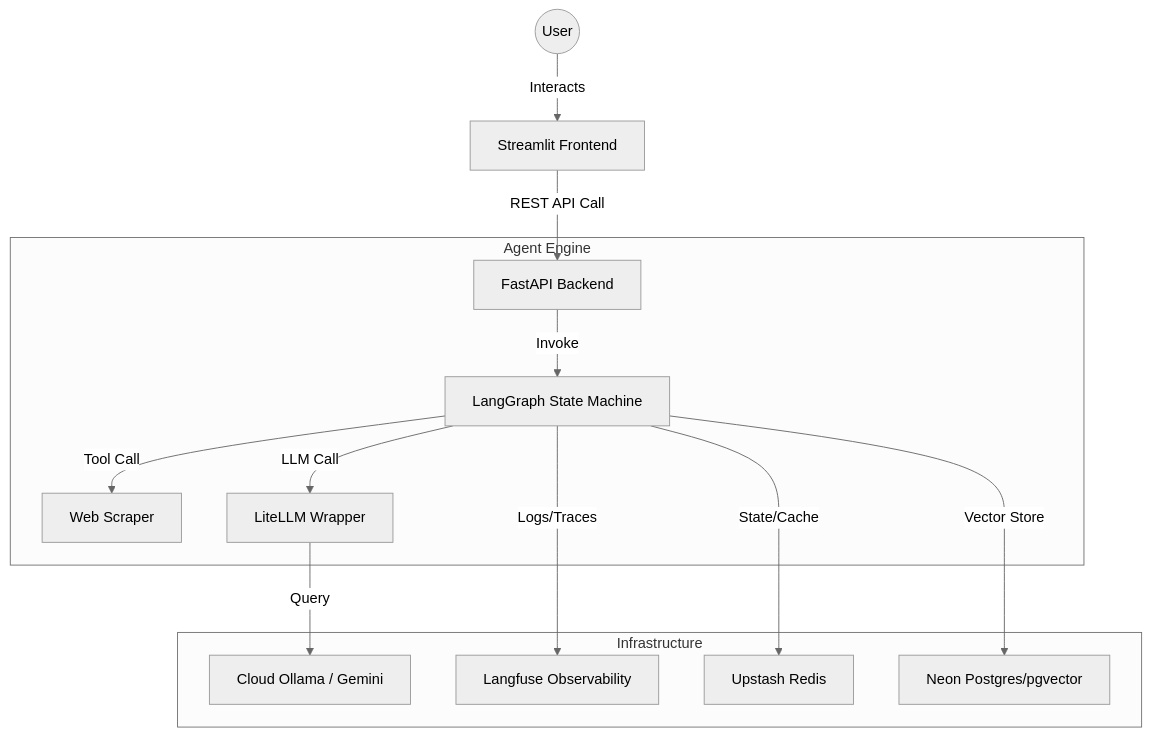
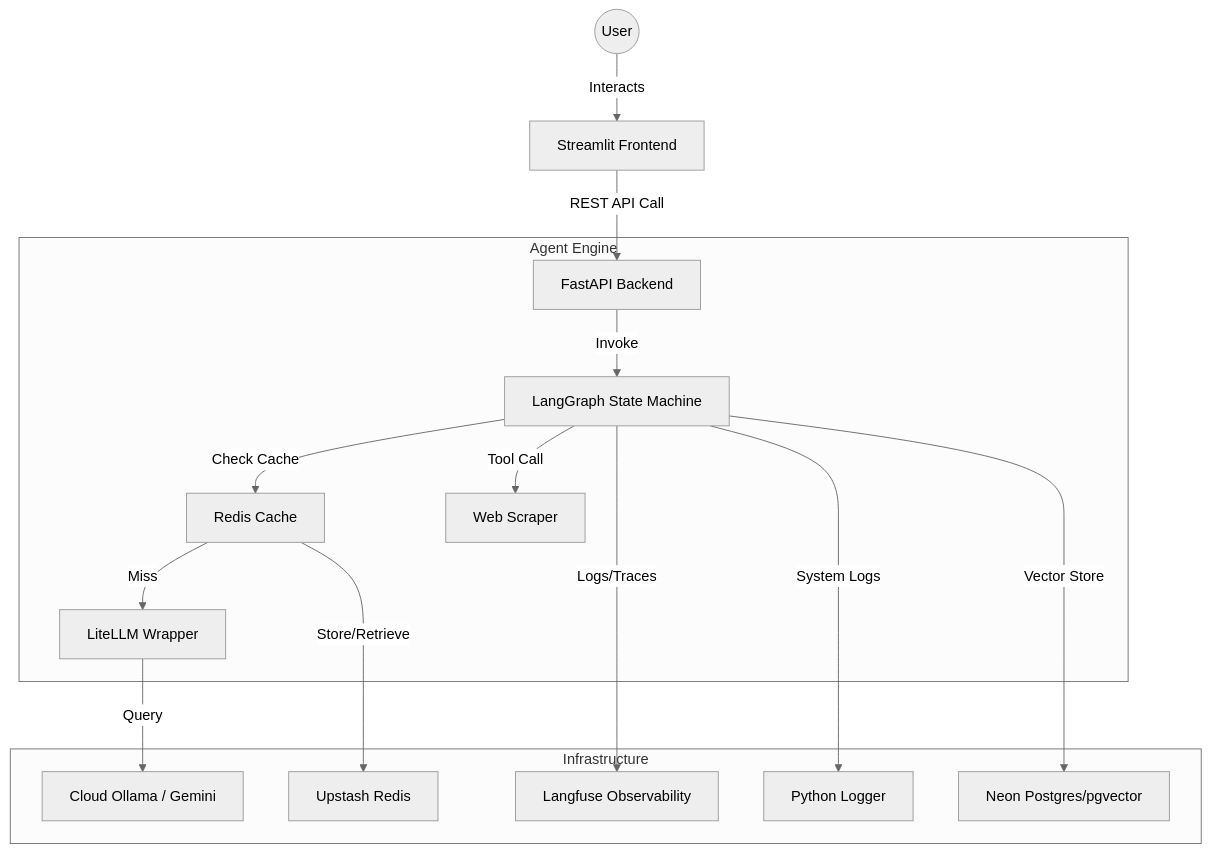
The first of 3 diagrams in README.md (GurleenSingh0701/ai-agent-production-factory), drawn with Mermaid (neutral theme) before and after one commit. The commit also changed other lines of this file and 9 other files, not shown here.

````diff
--- a/README.md
+++ b/README.md
@@ -33,18 +44,20 @@
 ```mermaid
 graph TD
     User((User)) -->|Interacts| UI[Streamlit Frontend]
     UI -->|REST API Call| API[FastAPI Backend]
     
     subgraph "Agent Engine"
         API -->|Invoke| LG[LangGraph State Machine]
+        LG -->|Check Cache| RC[Redis Cache]
+        RC -->|Miss| LLM[LiteLLM Wrapper]
         LG -->|Tool Call| SCR[Web Scraper]
-        LG -->|LLM Call| LLM[LiteLLM Wrapper]
     end
     
     subgraph "Infrastructure"
         LLM -->|Query| CloudLLM[Cloud Ollama / Gemini]
         LG -->|Logs/Traces| LF[Langfuse Observability]
-        LG -->|State/Cache| Redis[Upstash Redis]
+        LG -->|System Logs| PL[Python Logger]
+        RC -->|Store/Retrieve| Redis[Upstash Redis]
         LG -->|Vector Store| Neon[Neon Postgres/pgvector]
     end
 ```
````
